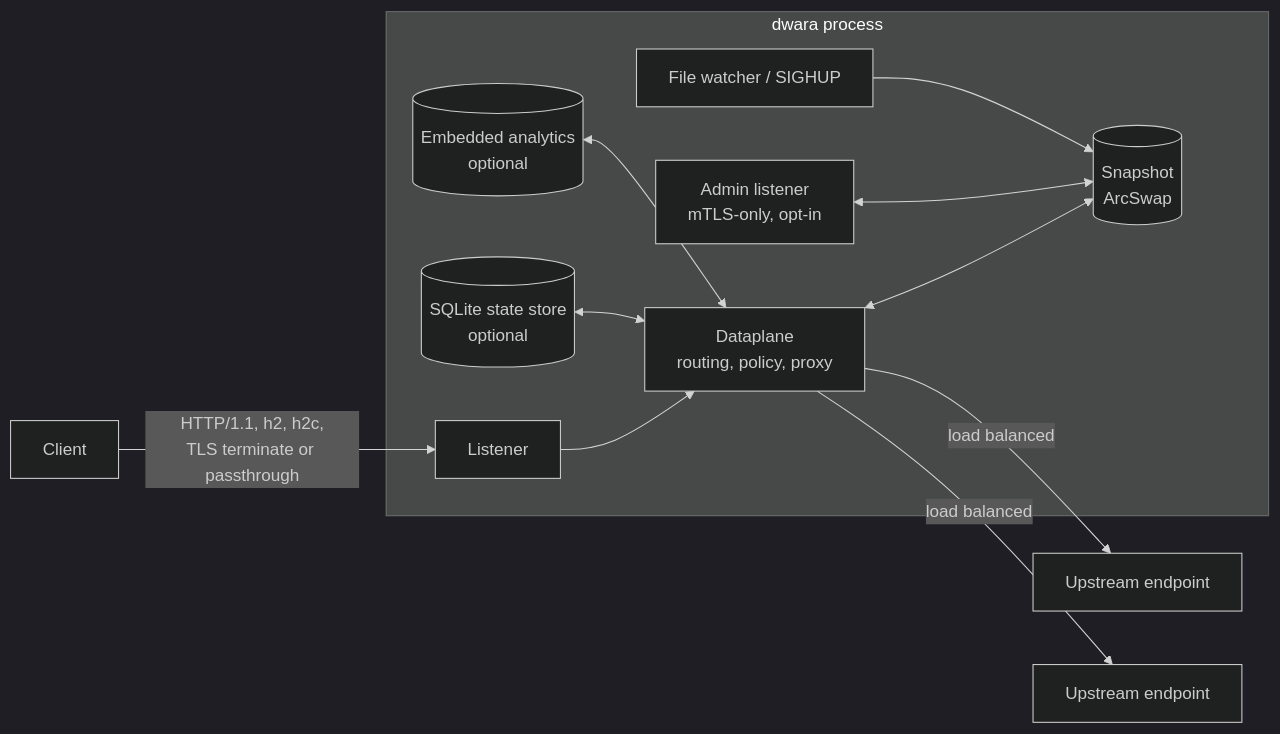
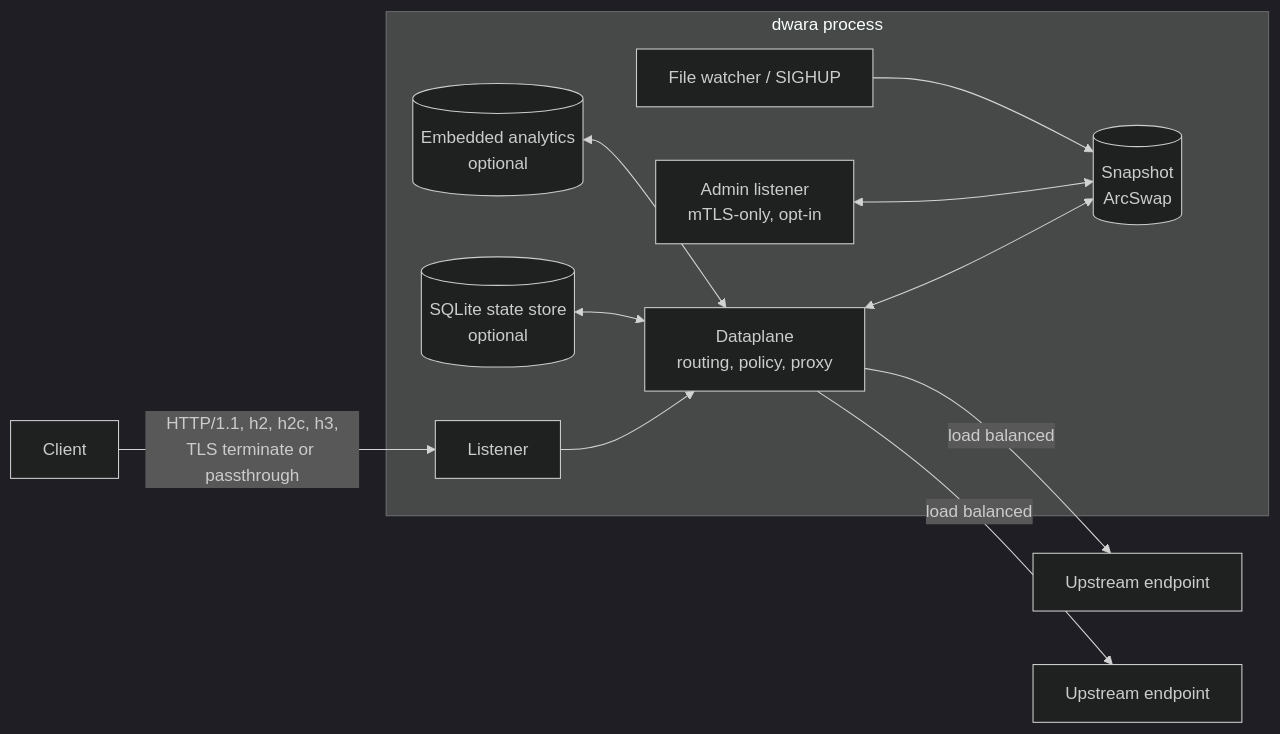
One commit to ShristiLabs/dwara changed the first of 2 diagrams in docs-site/architecture/overview.md. Above: the diagram before and after it, drawn with Mermaid (dark theme). The commit also changed other lines of this file and 10 other files, not shown here.

First line of the commit message:
docs: split architecture overview into focused pages

````diff
--- a/docs-site/architecture/overview.md
+++ b/docs-site/architecture/overview.md
@@ -38,14 +38,14 @@
 ```mermaid
 flowchart LR
-    Client -->|HTTP/1.1, h2, h2c,\nTLS terminate or passthrough| Listener
+    Client -->|HTTP/1.1, h2, h2c, h3,\nTLS terminate or passthrough| Listener
     subgraph Gateway [dwara process]
         Listener --> Dataplane[Dataplane\nrouting, policy, proxy]
         Dataplane <--> Snapshot[(Snapshot\nArcSwap)]
         Admin[Admin listener\nmTLS-only, opt-in] <--> Snapshot
         Reload[File watcher / SIGHUP] --> Snapshot
         Store[(SQLite state store\noptional)] <--> Dataplane
         Analytics[(Embedded analytics\noptional)] <--> Dataplane
     end
     Dataplane -->|load balanced| Upstream1[Upstream endpoint]
     Dataplane -->|load balanced| Upstream2[Upstream endpoint]
 ```
````
